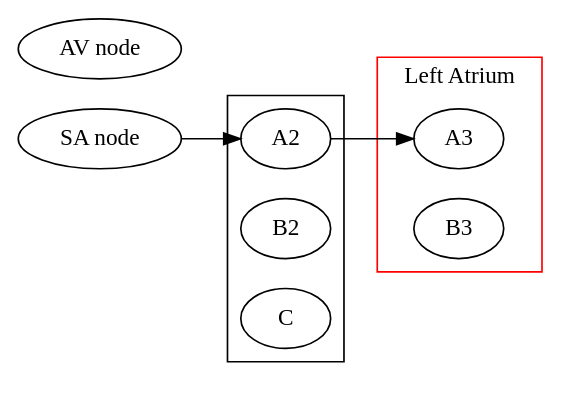
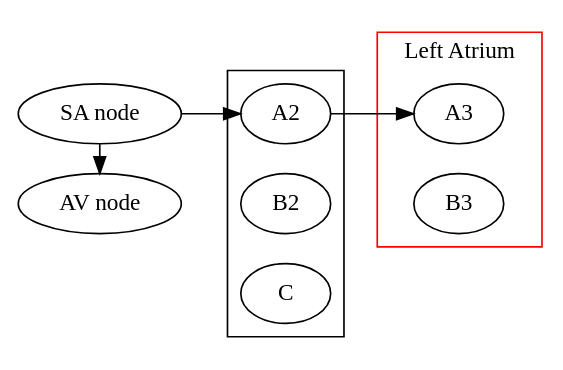
One commit to meirisoda/school_spring2024 changed the second of 2 diagrams in NURS380_Practicum/Topics/EKG/EKG and Rhythms.md. Above: the diagram before and after it, drawn with Graphviz.

Commit message:
vault backup: 2024-02-19 17:53:27

````diff
--- a/NURS380_Practicum/Topics/EKG/EKG and Rhythms.md
+++ b/NURS380_Practicum/Topics/EKG/EKG and Rhythms.md
@@ -209,38 +209,38 @@
 ```dot
 digraph g{
 	rankdir = LR;
 	node [shape = ellipse]
 	
 	A->A2->A3;
 
 	subgraph cluster0{
 		shape=rect;
 		rank=same;
 		color=blue;
 		label="Right Atrium";
 		
 		A [label="SA node"];
 		B [label="AV node"];
-
+		A -> B
 	}
 	
 	subgraph cluster1{
 		shape = rect;
 		rank=same;
 		A2;
 		B2;
 		C;
 	}
 
 	subgraph cluster2 {
 		shape=rect;
 		rank=same;
 		color=red;
 		label="Left Atrium";
 		
 		A3;
 		B3;
 	}
 {rank=same; A; B;}
 }
 ```
````
